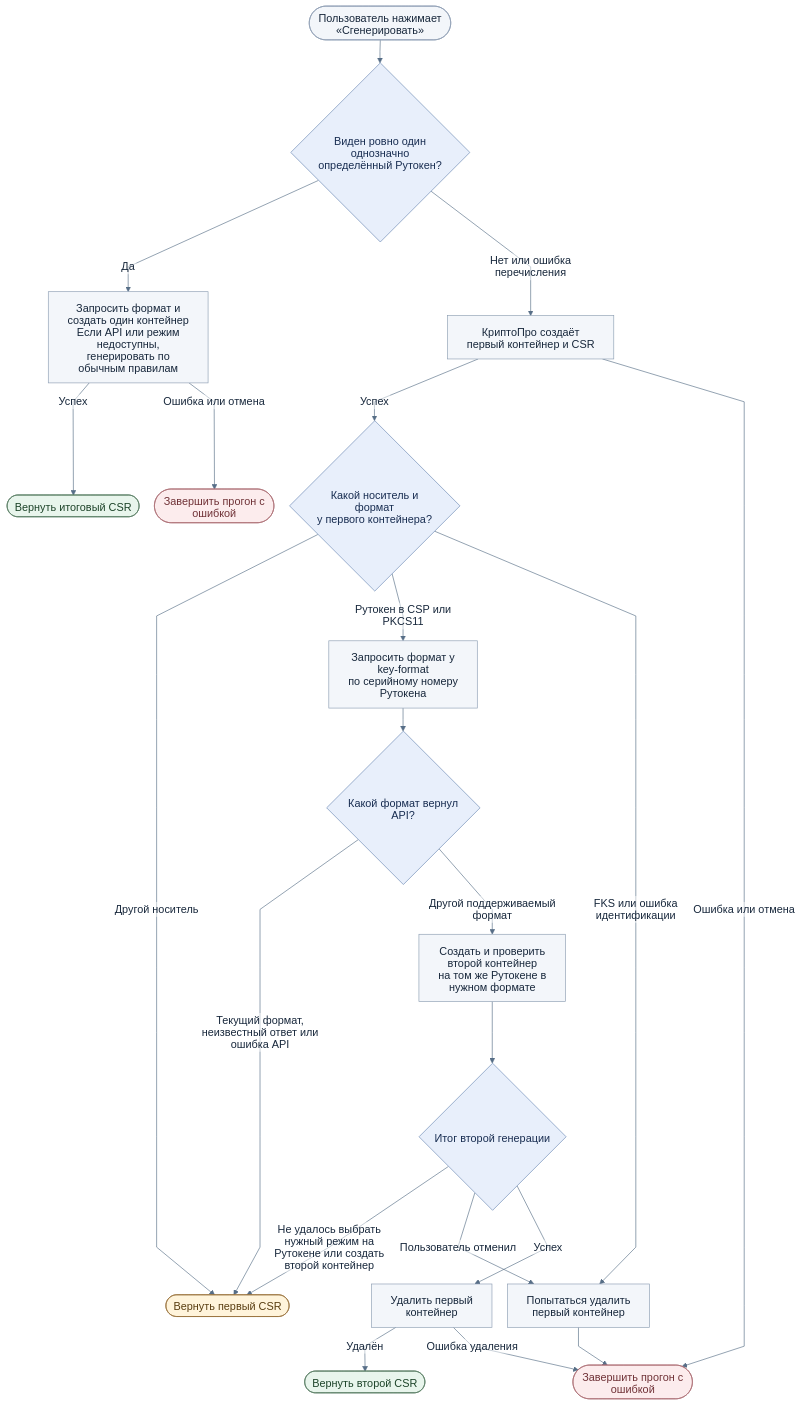
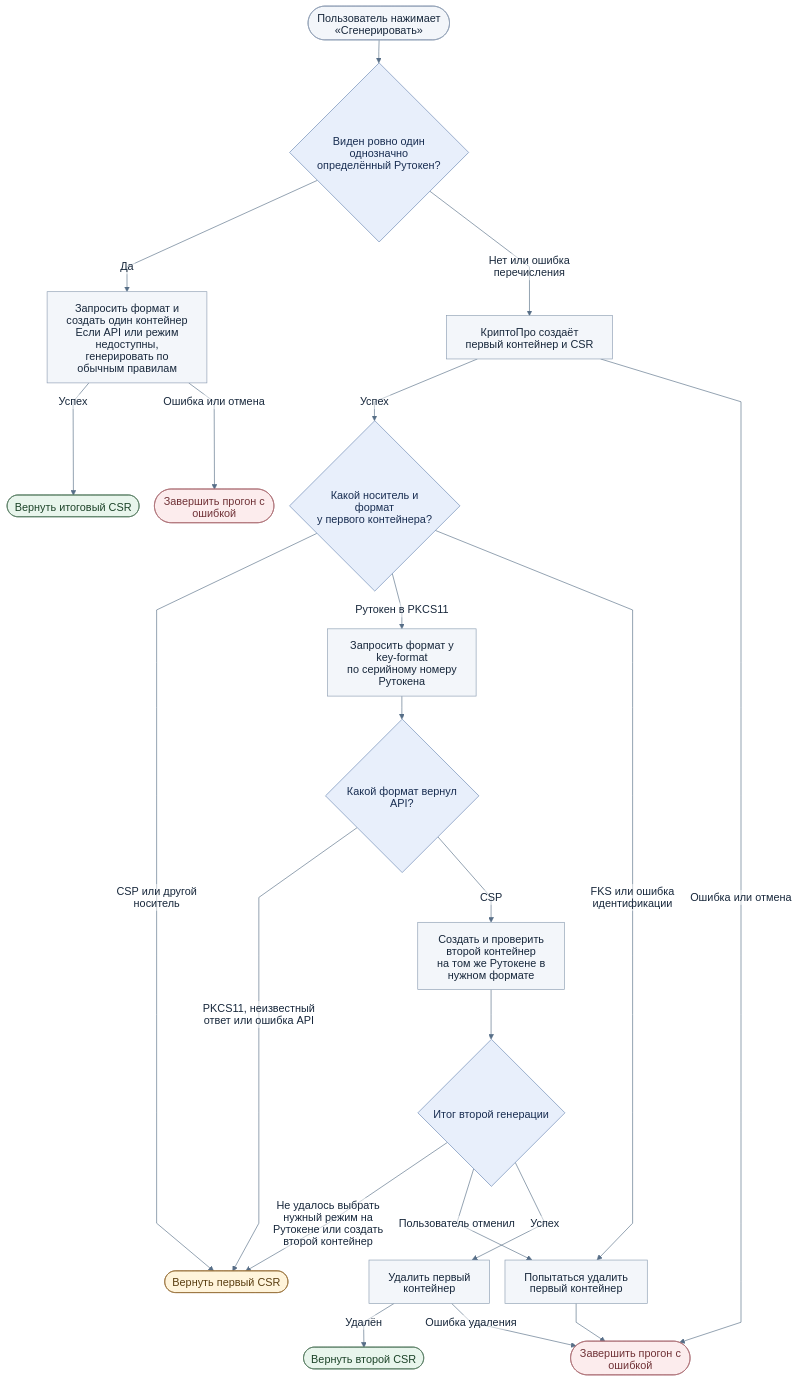
The diagram in reissue/reissue-flow.mmd (psevdomak/crypto-test), drawn with Mermaid before and after one commit. The commit also changed 5 other files, not shown here.

```diff
--- a/reissue/reissue-flow.mmd
+++ b/reissue/reissue-flow.mmd
@@ -1,68 +1,68 @@
 ---
 config:
   theme: base
   htmlLabels: false
   themeCSS: |
     text { font-family: system-ui, sans-serif; }
     .background { fill: #fff; }
   themeVariables:
     fontFamily: 'system-ui, sans-serif'
     fontSize: '17px'
     primaryColor: '#f3f6fa'
     primaryTextColor: '#17273b'
     primaryBorderColor: '#8c9db2'
     lineColor: '#576e87'
     edgeLabelBackground: '#ffffff'
   flowchart:
     curve: linear
     nodeSpacing: 24
     rankSpacing: 36
 ---
 flowchart TD
     accTitle: Динамическая генерация ключей
     accDescr: Выбор формата ключа по серийному номеру Рутокена, повторная генерация, фолбэк и очистка контейнеров.
     START([Пользователь нажимает «Сгенерировать»])
     SINGLE{"Виден ровно один<br/>однозначно определённый Рутокен?"}
     DIRECT["Запросить формат и создать один контейнер<br/>Если API или режим недоступны,<br/>генерировать по обычным правилам"]
     DIRECTDONE([Вернуть итоговый CSR])
     DIRECTFAIL([Завершить прогон с ошибкой])
     FIRST["КриптоПро создаёт первый контейнер и CSR"]
     TOKEN{"Какой носитель и формат<br/>у первого контейнера?"}
     API["Запросить формат у key-format<br/>по серийному номеру Рутокена"]
     FORMAT{"Какой формат вернул API?"}
     SECOND["Создать и проверить второй контейнер<br/>на том же Рутокене в нужном формате"]
     RESULT{"Итог второй генерации"}
     CLEAN["Удалить первый контейнер"]
     KEEP([Вернуть первый CSR])
     DONE([Вернуть второй CSR])
     FAIL([Завершить прогон с ошибкой])
 
     START --> SINGLE
     SINGLE -->|Да| DIRECT
     SINGLE -->|Нет или ошибка перечисления| FIRST
     DIRECT -->|Успех| DIRECTDONE
     DIRECT -->|Ошибка или отмена| DIRECTFAIL
     FIRST -->|Успех| TOKEN
     FIRST -->|Ошибка или отмена| FAIL
-    TOKEN -->|Другой носитель| KEEP
-    TOKEN -->|Рутокен в CSP или PKCS11| API
+    TOKEN -->|CSP или другой носитель| KEEP
+    TOKEN -->|Рутокен в PKCS11| API
     TOKEN -->|FKS или ошибка идентификации| DROP1["Попытаться удалить первый контейнер"] --> FAIL
 
     API --> FORMAT
-    FORMAT -->|Текущий формат, неизвестный ответ или ошибка API| KEEP
-    FORMAT -->|Другой поддерживаемый формат| SECOND
+    FORMAT -->|PKCS11, неизвестный ответ или ошибка API| KEEP
+    FORMAT -->|CSP| SECOND
     SECOND --> RESULT
     RESULT -->|Не удалось выбрать нужный режим на Рутокене или создать второй контейнер| KEEP
     RESULT -->|Пользователь отменил| DROP1
     RESULT -->|Успех| CLEAN
     CLEAN -->|Удалён| DONE
     CLEAN -->|Ошибка удаления| FAIL
 
     classDef choice fill:#e8effb,stroke:#6986b3,color:#182d51
     classDef success fill:#e8f5ec,stroke:#52785d,color:#1c4328
     classDef fallback fill:#fff4db,stroke:#97713a,color:#593d10
     classDef failure fill:#fceced,stroke:#ab6c72,color:#6f3136
     class TOKEN,FORMAT,RESULT,SINGLE choice
     class DONE,DIRECTDONE success
     class KEEP fallback
     class FAIL,DIRECTFAIL failure
```
